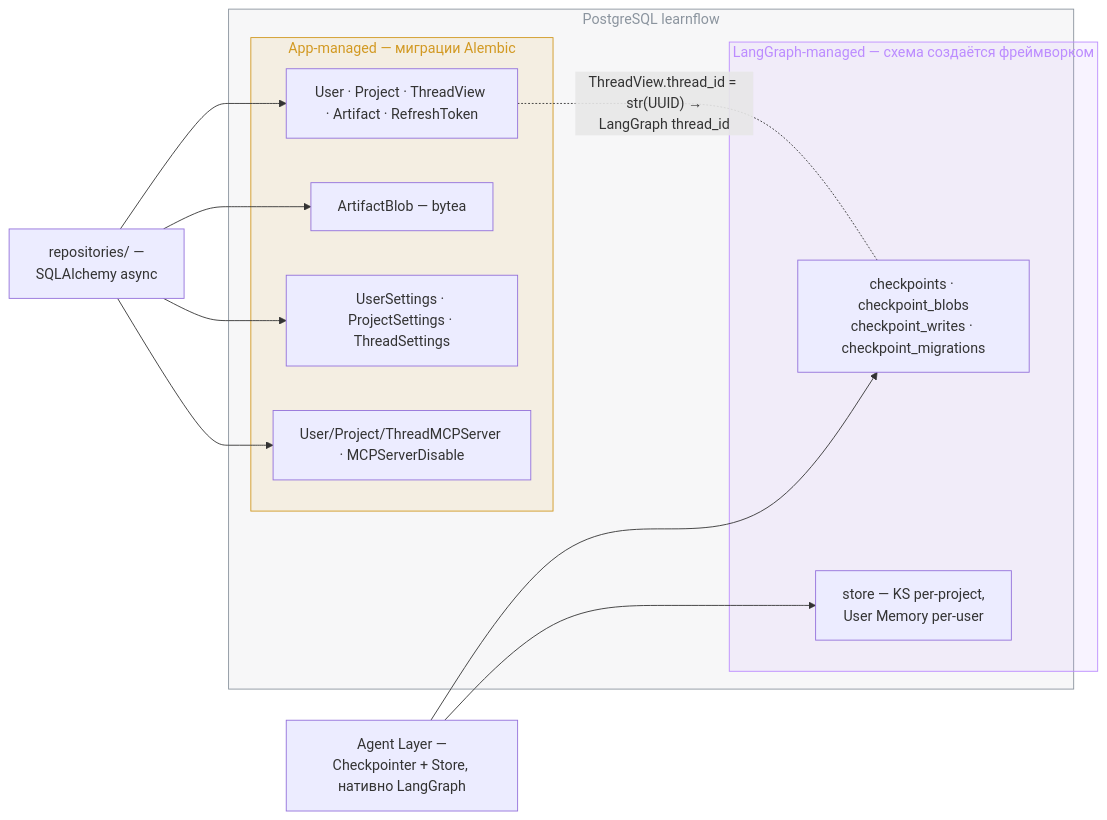
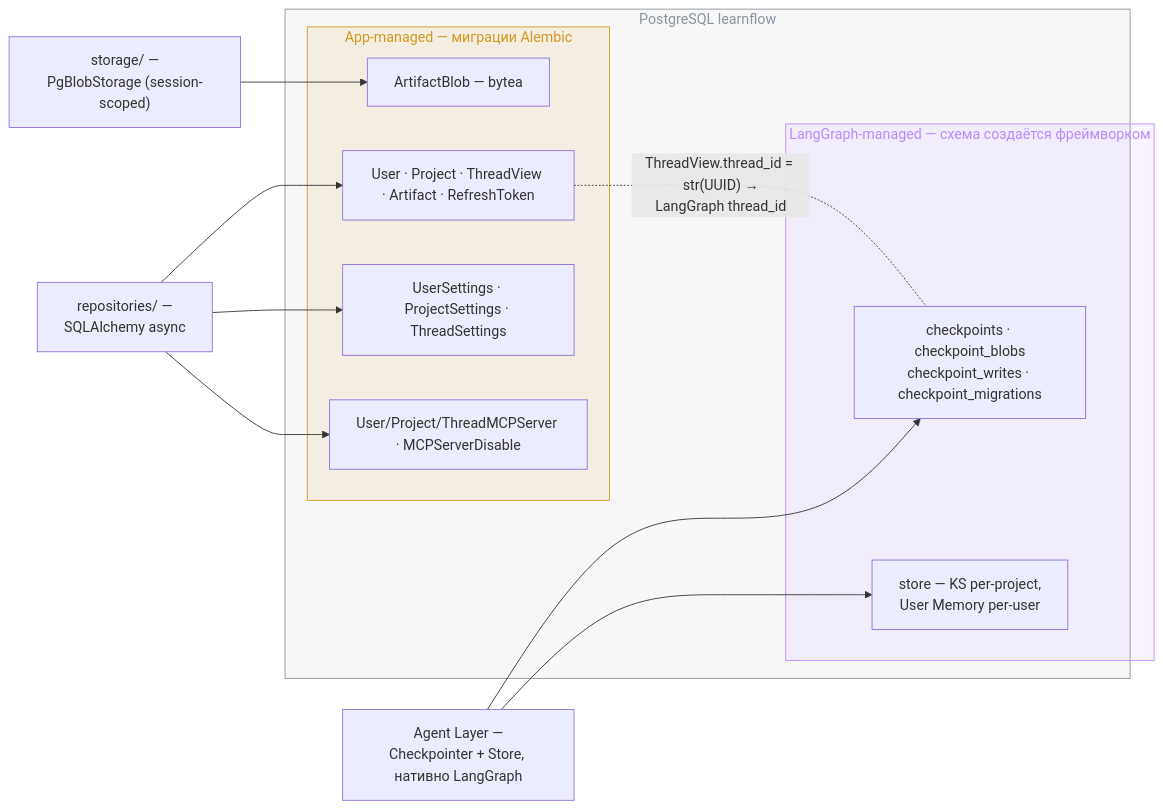
The third of 3 diagrams in doc/tech/backend.md (Bbar0n234/learnflow-ai), drawn with Mermaid before and after one commit. The commit also changed other lines of this file and 3 other files, not shown here.

````diff
--- a/doc/tech/backend.md
+++ b/doc/tech/backend.md
@@ -406,30 +428,31 @@
 ```mermaid
 graph LR
     AGENT["Agent Layer —<br>Checkpointer + Store, нативно LangGraph"]
     REPOS["repositories/ —<br>SQLAlchemy async"]
+    STORAGE["storage/ —<br>PgBlobStorage (session-scoped)"]
 
     subgraph PG["PostgreSQL learnflow"]
         subgraph LGM["LangGraph-managed — схема создаётся фреймворком"]
             CPT["checkpoints · checkpoint_blobs<br>checkpoint_writes · checkpoint_migrations"]
             STORET["store — KS per-project,<br>User Memory per-user"]
         end
         subgraph APPM["App-managed — миграции Alembic"]
             CORE["User · Project · ThreadView · Artifact · RefreshToken"]
             BLOB["ArtifactBlob — bytea"]
             SETT["UserSettings · ProjectSettings · ThreadSettings"]
             MCPS["User/Project/ThreadMCPServer · MCPServerDisable"]
         end
     end
 
     AGENT --> CPT
     AGENT --> STORET
     REPOS --> CORE
-    REPOS --> BLOB
     REPOS --> SETT
     REPOS --> MCPS
+    STORAGE --> BLOB
     CORE -. "ThreadView.thread_id = str(UUID) →<br>LangGraph thread_id" .- CPT
 
     style PG fill:#8b949e12,stroke:#8b949e,color:#8b949e
     style LGM fill:#bc8cff1a,stroke:#bc8cff,color:#bc8cff
     style APPM fill:#d299221a,stroke:#d29922,color:#d29922
 ```
````
